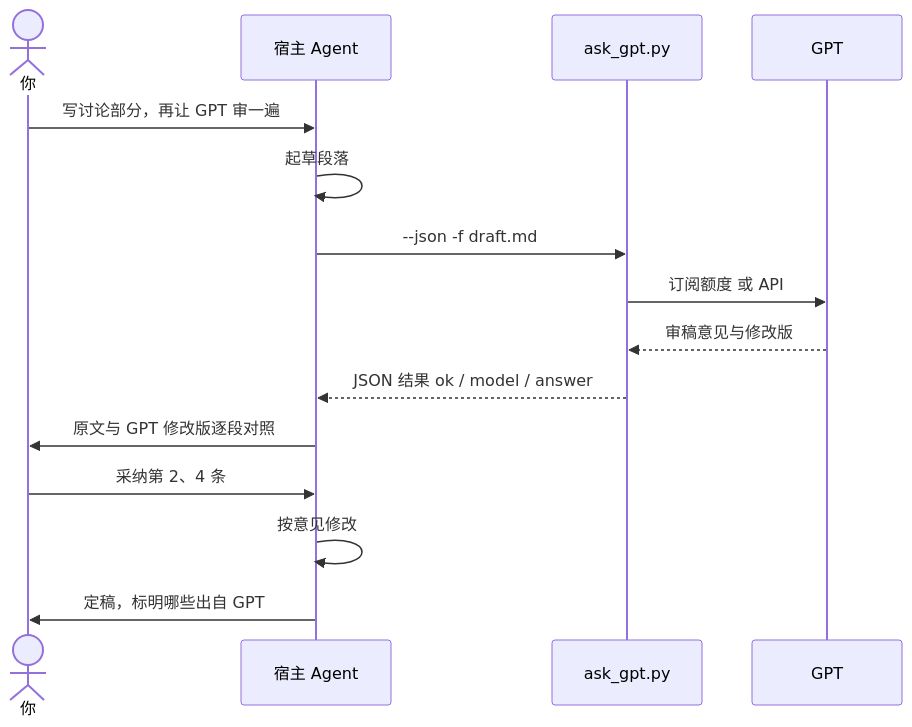
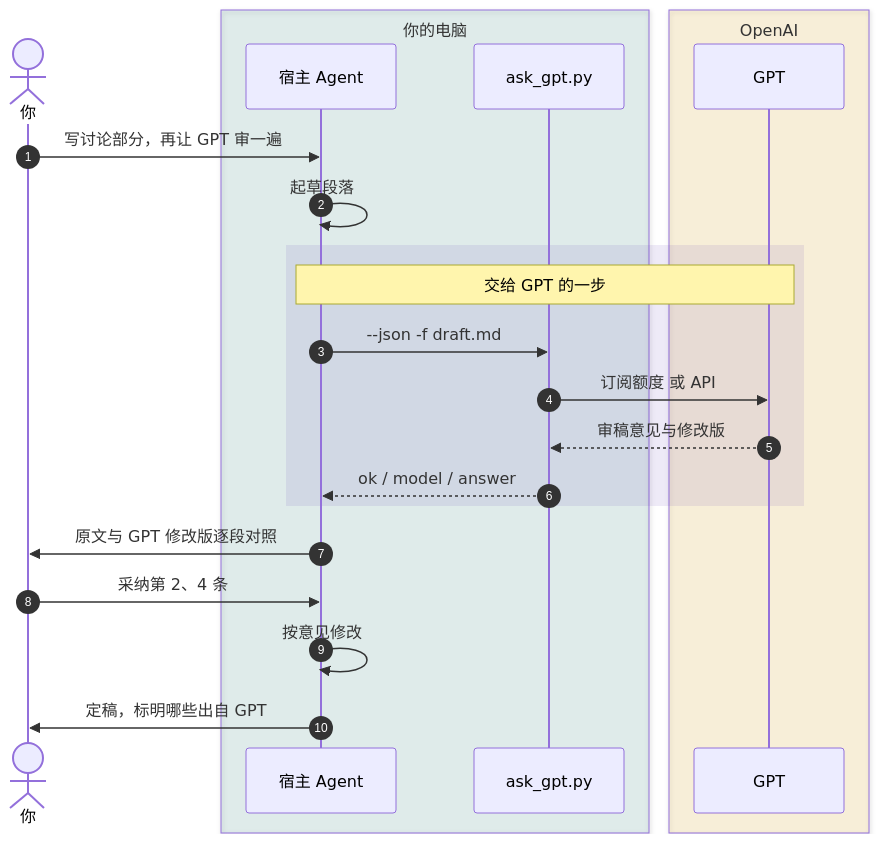
The first of 3 diagrams in README.md (Stefansong/ask-gpt), drawn with Mermaid before and after one commit. The commit also changed other lines of this file, not shown here.

First line of the commit message:
docs: 重新设计 README 中的三张 Mermaid 图

````diff
--- a/README.md
+++ b/README.md
@@ -48,18 +48,26 @@
 ```mermaid
 sequenceDiagram
+    autonumber
     actor U as 你
-    participant A as 宿主 Agent
-    participant S as ask_gpt.py
-    participant G as GPT
+    box rgba(0,121,107,0.10) 你的电脑
+        participant A as 宿主 Agent
+        participant S as ask_gpt.py
+    end
+    box rgba(255,179,0,0.12) OpenAI
+        participant G as GPT
+    end
 
     U->>A: 写讨论部分，再让 GPT 审一遍
     A->>A: 起草段落
-    A->>S: --json -f draft.md
-    S->>G: 订阅额度 或 API
-    G-->>S: 审稿意见与修改版
-    S-->>A: JSON 结果 ok / model / answer
+    rect rgba(94,53,177,0.10)
+        Note over A,G: 交给 GPT 的一步
+        A->>S: --json -f draft.md
+        S->>G: 订阅额度 或 API
+        G-->>S: 审稿意见与修改版
+        S-->>A: ok / model / answer
+    end
     A->>U: 原文与 GPT 修改版逐段对照
     U->>A: 采纳第 2、4 条
     A->>A: 按意见修改
     A->>U: 定稿，标明哪些出自 GPT
 ```
````
